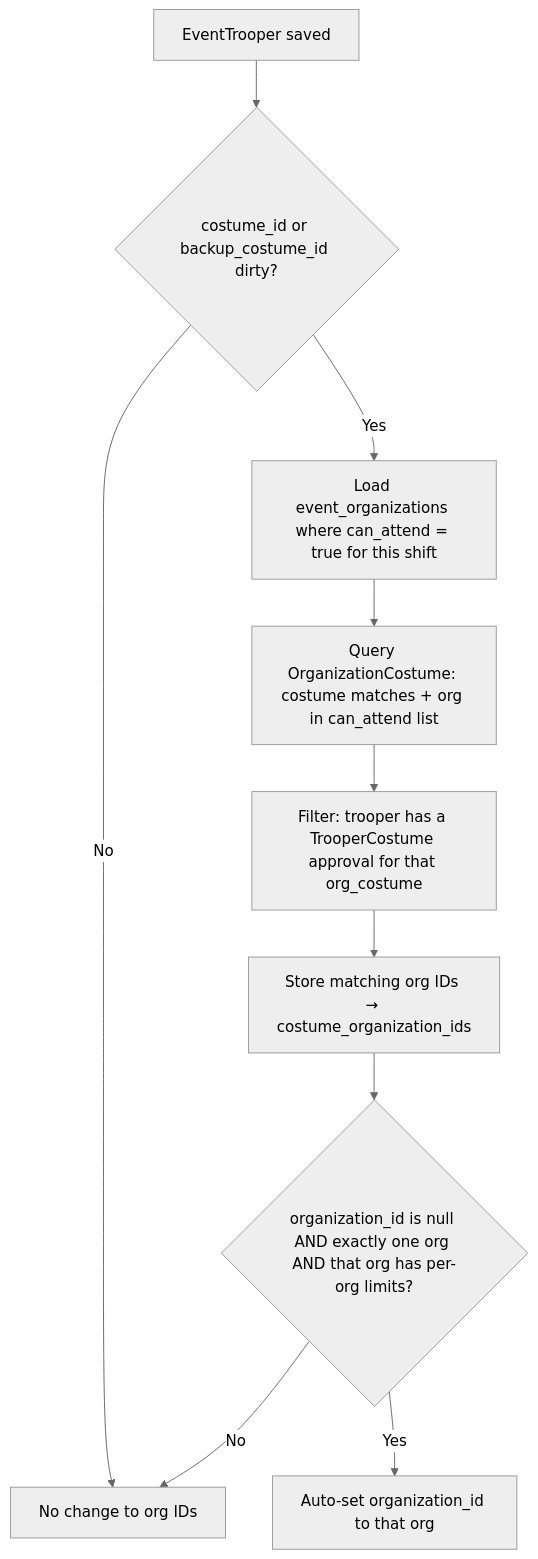
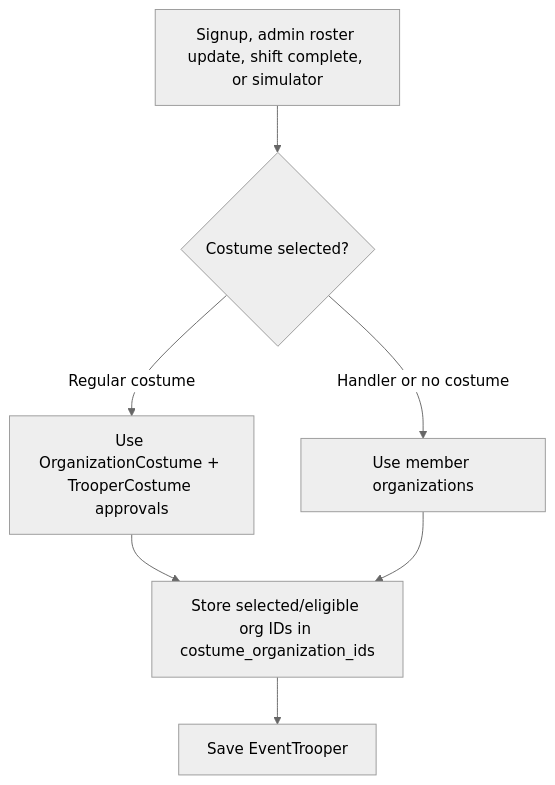
The first of 6 diagrams in docs/TROOP_CREDIT.md (obsidianslicers/trooper-tracker), drawn with Mermaid (neutral theme) before and after one commit. The commit also changed other lines of this file and 38 other files, not shown here.

Commit message:
feature: backend trooper roster add/remove (#262)

````diff
--- a/docs/TROOP_CREDIT.md
+++ b/docs/TROOP_CREDIT.md
@@ -42,12 +42,9 @@
 ```mermaid
 flowchart TD
-    A[EventTrooper saved] --> B{costume_id or backup_costume_id dirty?}
-    B -->|No| Z[No change to org IDs]
-    B -->|Yes| C[Load event_organizations where can_attend = true for this shift]
-    C --> D[Query OrganizationCostume: costume matches + org in can_attend list]
-    D --> E[Filter: trooper has a TrooperCostume approval for that org_costume]
-    E --> F[Store matching org IDs → costume_organization_ids]
-    F --> G{organization_id is null AND exactly one org AND that org has per-org limits?}
-    G -->|Yes| H[Auto-set organization_id to that org]
-    G -->|No| Z
+    A[Signup, admin roster update, shift complete, or simulator] --> B{Costume selected?}
+    B -->|Regular costume| C[Use OrganizationCostume + TrooperCostume approvals]
+    B -->|Handler or no costume| D[Use member organizations]
+    C --> E[Store selected/eligible org IDs in costume_organization_ids]
+    D --> E
+    E --> F[Save EventTrooper]
 ```
````
